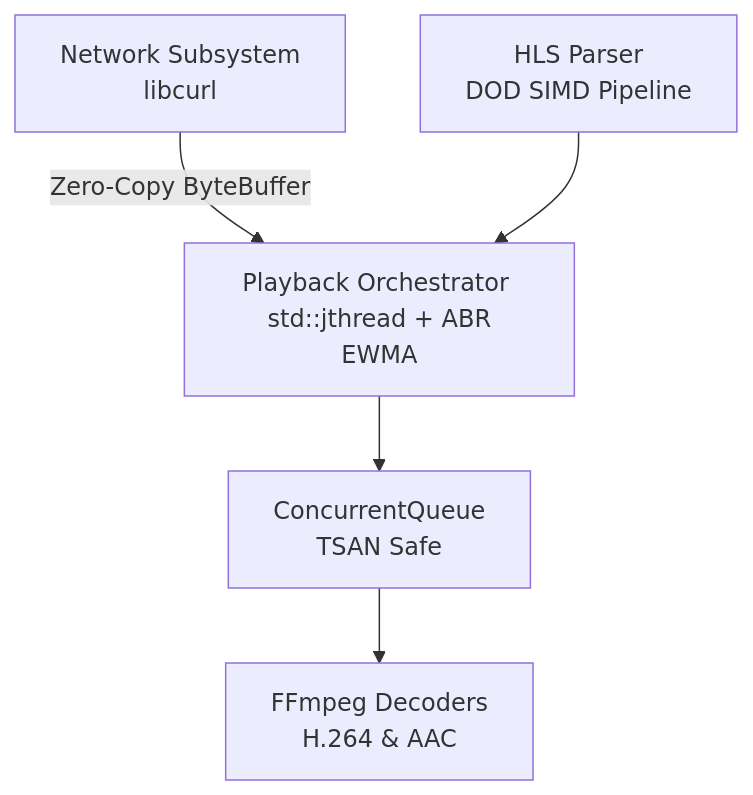
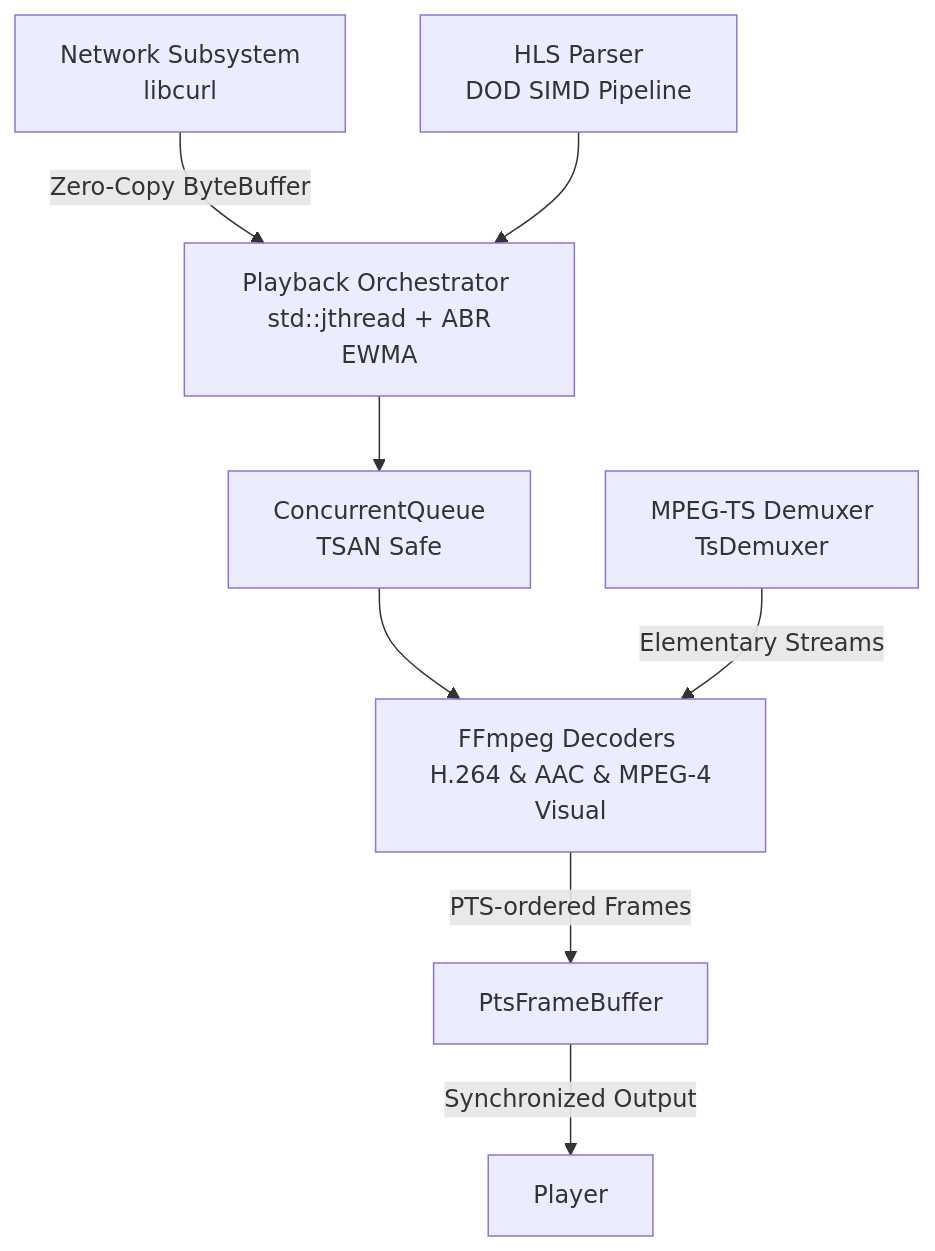
The diagram in README.md (DjSurgeon/VSMN-Player), drawn with Mermaid before and after one commit. The commit also changed other lines of this file, not shown here.

Commit message:
docs(readme): add week 2 decoder mvp architecture and pipeline overview (#57)

````diff
--- a/README.md
+++ b/README.md
@@ -38,7 +53,10 @@
 ```mermaid
 graph TD;
     Network[Network Subsystem <br> libcurl] -->|Zero-Copy ByteBuffer| Orchestrator
     Parser[HLS Parser <br> DOD SIMD Pipeline] --> Orchestrator
     Orchestrator[Playback Orchestrator <br> std::jthread + ABR EWMA] --> Queue[ConcurrentQueue <br> TSAN Safe]
-    Queue --> Decoders[FFmpeg Decoders <br> H.264 & AAC]
+    Queue --> Decoders[FFmpeg Decoders <br> H.264 & AAC & MPEG-4 Visual]
+    Demux[MPEG-TS Demuxer <br> TsDemuxer] -->|Elementary Streams| Decoders
+    Decoders -->|PTS-ordered Frames| Buffer[PtsFrameBuffer]
+    Buffer -->|Synchronized Output| Player
 ```
````
